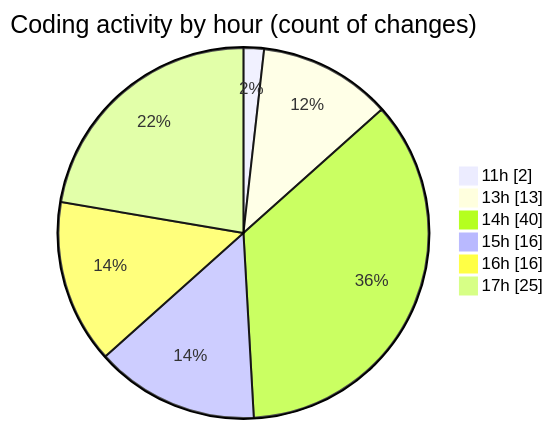
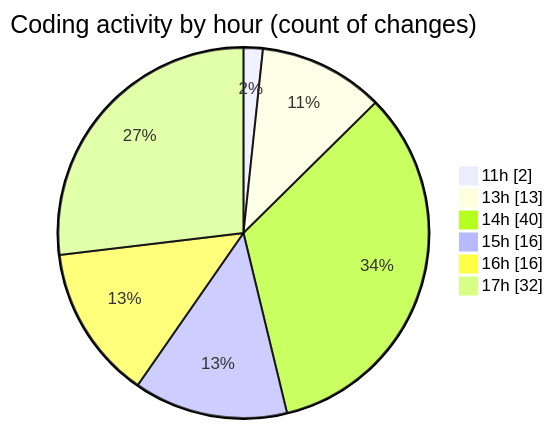
The second of 2 diagrams in 2026-03-22/nxtqube_webapp/README.md (nxtqubesakshisongat/code-tracking), drawn with Mermaid before and after one commit. The commit also changed other lines of this file and 1 other file, not shown here.

````diff
--- a/2026-03-22/nxtqube_webapp/README.md
+++ b/2026-03-22/nxtqube_webapp/README.md
@@ -37,10 +39,10 @@
 ```mermaid
 pie showData
 title Coding activity by hour (count of changes)
 "11h" : 2
 "13h" : 13
 "14h" : 40
 "15h" : 16
 "16h" : 16
-"17h" : 25
+"17h" : 32
 ```
````
